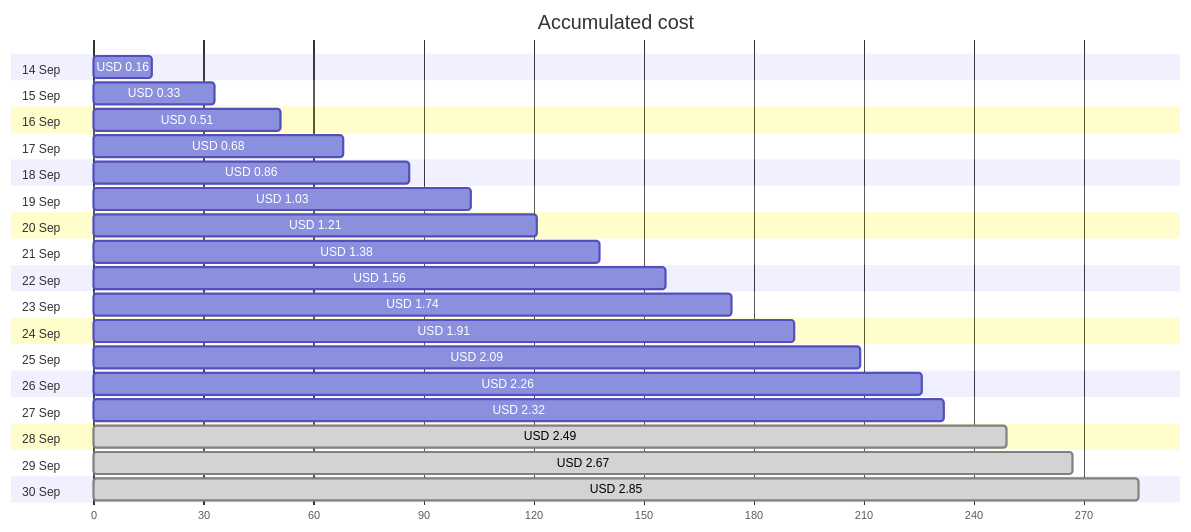
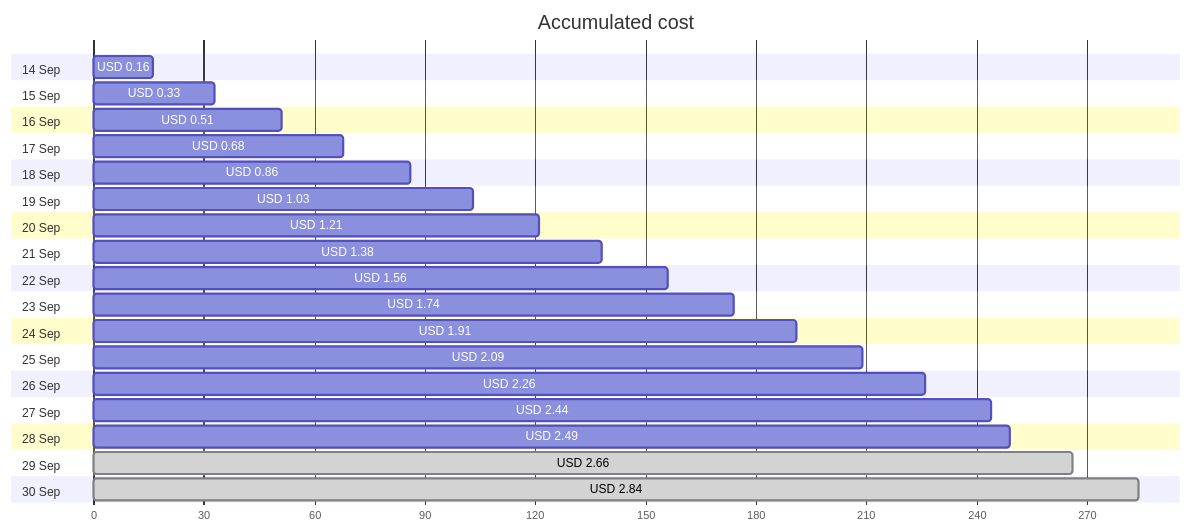
One commit to jpfulton/azure-personal-reports changed the first of 4 diagrams in cost-reports/personal-network/backup-server.md. Above: the diagram before and after it, drawn with Mermaid. The commit also changed other lines of this file and 9 other files, not shown here.

````diff
--- a/cost-reports/personal-network/backup-server.md
+++ b/cost-reports/personal-network/backup-server.md
@@ -20,40 +20,40 @@
 ```mermaid
 gantt
    title Accumulated cost
    dateFormat  X
    axisFormat %s
    section 14 Sep
    USD 0.16 :0, 16
    section 15 Sep
    USD 0.33 :0, 33
    section 16 Sep
    USD 0.51 :0, 51
    section 17 Sep
    USD 0.68 :0, 68
    section 18 Sep
    USD 0.86 :0, 86
    section 19 Sep
    USD 1.03 :0, 103
    section 20 Sep
    USD 1.21 :0, 121
    section 21 Sep
    USD 1.38 :0, 138
    section 22 Sep
    USD 1.56 :0, 156
    section 23 Sep
    USD 1.74 :0, 174
    section 24 Sep
    USD 1.91 :0, 191
    section 25 Sep
    USD 2.09 :0, 209
    section 26 Sep
    USD 2.26 :0, 226
    section 27 Sep
-   USD 2.32 :0, 232
+   USD 2.44 :0, 244
    section 28 Sep
-   USD 2.49 : done, 0, 249
+   USD 2.49 :0, 249
    section 29 Sep
-   USD 2.67 : done, 0, 267
+   USD 2.66 : done, 0, 266
    section 30 Sep
-   USD 2.85 : done, 0, 285
+   USD 2.84 : done, 0, 284
 ```
````
